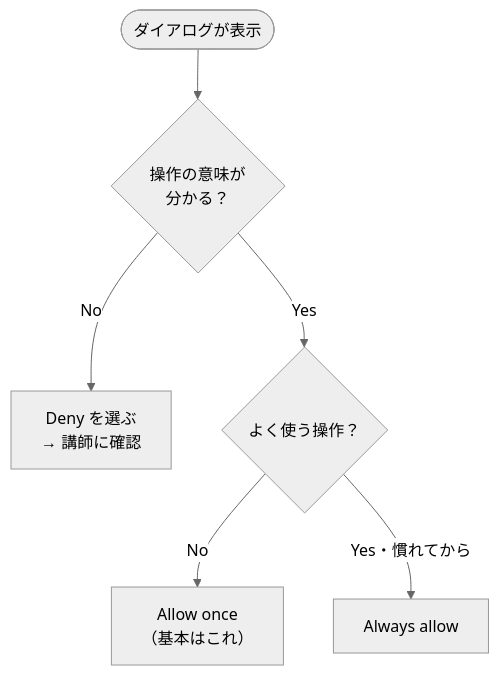
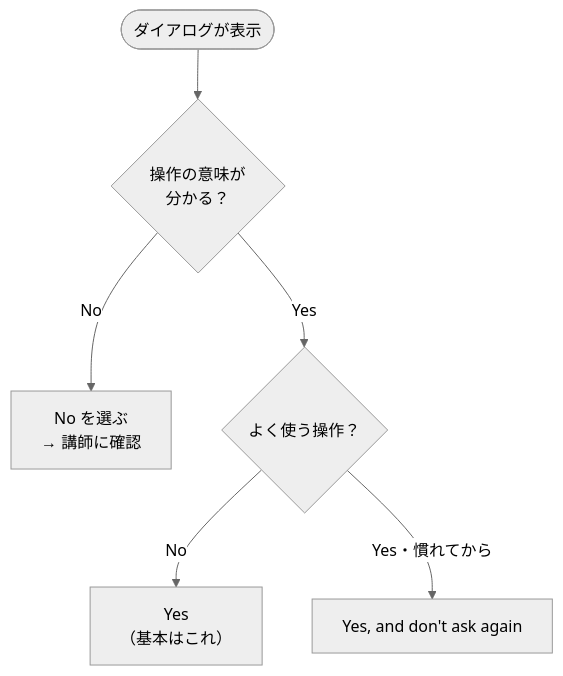
One commit to shoma-endo/claude-code-enterprise-docs changed the second of 6 diagrams in docs/training/claude-code-corporate/claude-code-corporate-training.md. Above: the diagram before and after it, drawn with Mermaid (neutral theme). The commit also changed other lines of this file, not shown here.

````diff
--- a/docs/training/claude-code-corporate/claude-code-corporate-training.md
+++ b/docs/training/claude-code-corporate/claude-code-corporate-training.md
@@ -315,8 +386,8 @@
 ```mermaid
 flowchart TD
   S([ダイアログが表示]) --> Q{"操作の意味が<br/>分かる？"}
-  Q -->|"No"| D["Deny を選ぶ<br/>→ 講師に確認"]
+  Q -->|"No"| D["No を選ぶ<br/>→ 講師に確認"]
   Q -->|"Yes"| F{よく使う操作？}
-  F -->|"No"| AO["Allow once<br/>（基本はこれ）"]
-  F -->|"Yes・慣れてから"| AW["Always allow"]
+  F -->|"No"| AO["Yes<br/>（基本はこれ）"]
+  F -->|"Yes・慣れてから"| AW["Yes, and don't ask again"]
 ```
````
